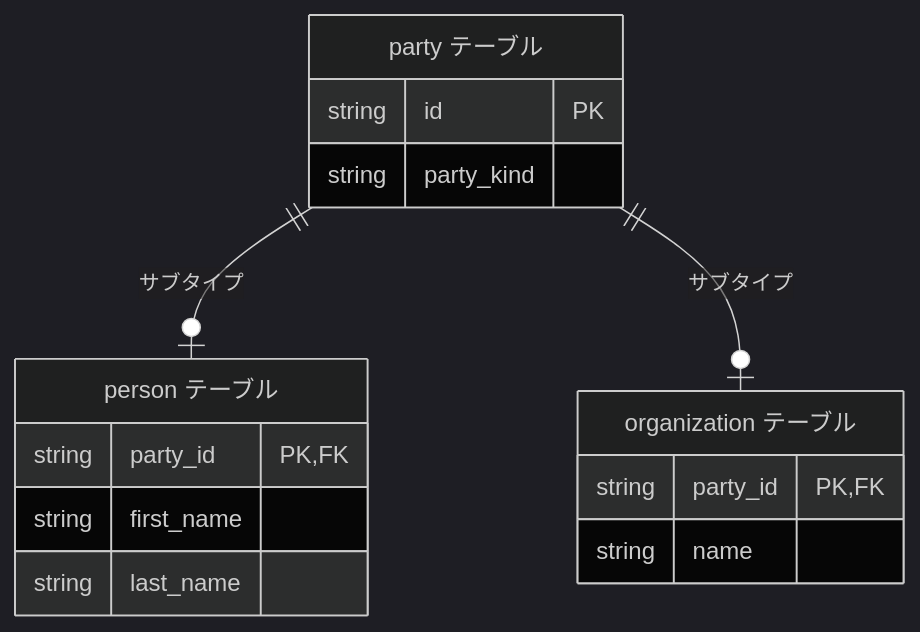
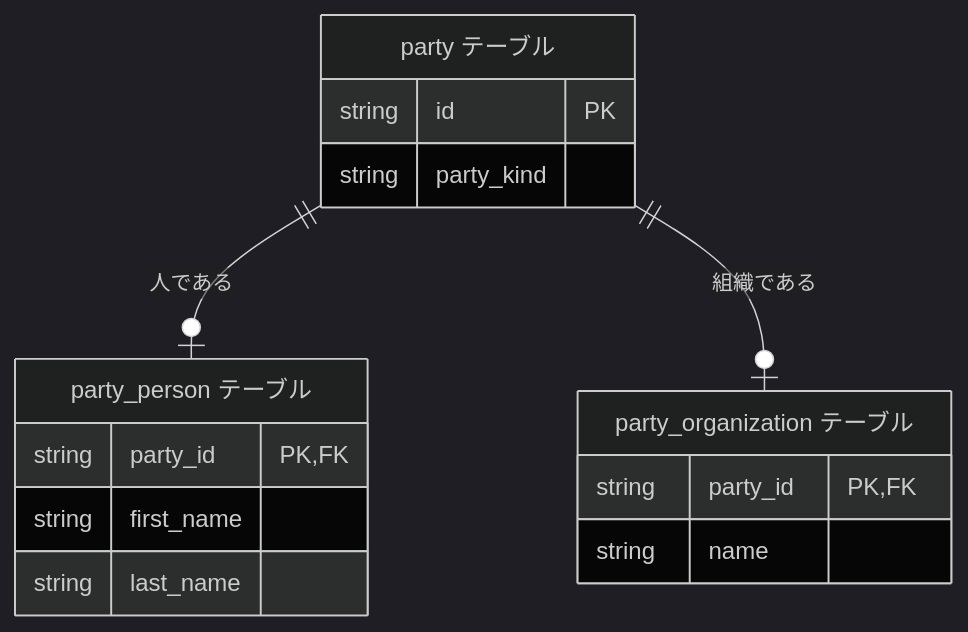
Before and after one commit to hiroki-it/tech-notebook: diagram 13 of 29 in docs/software/software_middleware_database_rdb_er.md, drawn with Mermaid (dark theme). The commit also changed other lines of this file, not shown here.

````diff
--- a/docs/software/software_middleware_database_rdb_er.md
+++ b/docs/software/software_middleware_database_rdb_er.md
@@ -375,21 +375,21 @@
 ```mermaid
 erDiagram
   party["party テーブル"] {
     string id PK
     string party_kind
   }
 
-  person["person テーブル"] {
+  party_person["party_person テーブル"] {
     string party_id PK,FK
     string first_name
     string last_name
   }
 
-  organization["organization テーブル"] {
+  party_organization["party_organization テーブル"] {
     string party_id PK,FK
     string name
   }
 
-  party ||--o| person : "サブタイプ"
-  party ||--o| organization : "サブタイプ"
+  party ||--o| party_person : "人である"
+  party ||--o| party_organization : "組織である"
 ```
````
